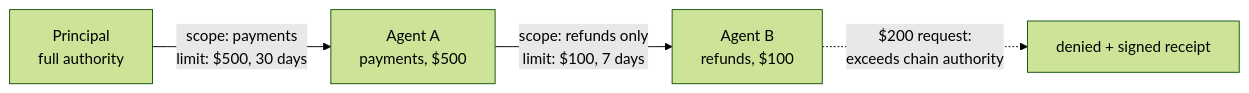
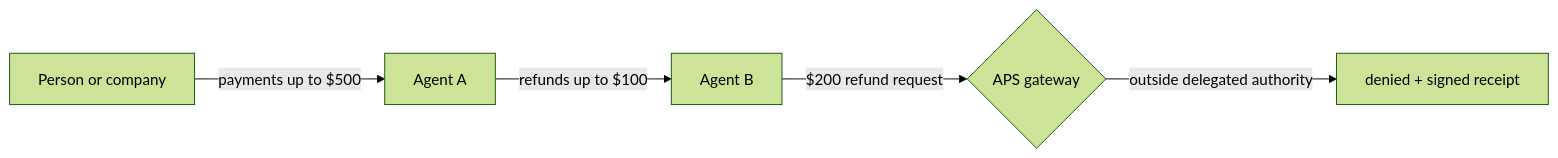
One commit to aeoess/agent-passport-system changed the first of 2 diagrams in README.md. Above: the diagram before and after it, drawn with Mermaid (forest theme). The commit also changed other lines of this file, not shown here.

First line of the commit message:
docs(readme): lead with what APS is and why, before the mechanism

````diff
--- a/README.md
+++ b/README.md
@@ -32,6 +33,7 @@
 ```mermaid
 flowchart LR
-    P["Principal<br/>full authority"] -->|"scope: payments<br/>limit: $500, 30 days"| A["Agent A<br/>payments, $500"]
-    A -->|"scope: refunds only<br/>limit: $100, 7 days"| B["Agent B<br/>refunds, $100"]
-    B -.->|"$200 request:<br/>exceeds chain authority"| X["denied + signed receipt"]
+    P["Person or company"] -->|"payments up to $500"| A["Agent A"]
+    A -->|"refunds up to $100"| B["Agent B"]
+    B -->|"$200 refund request"| G{"APS gateway"}
+    G -->|"outside delegated authority"| X["denied + signed receipt"]
 ```
````
